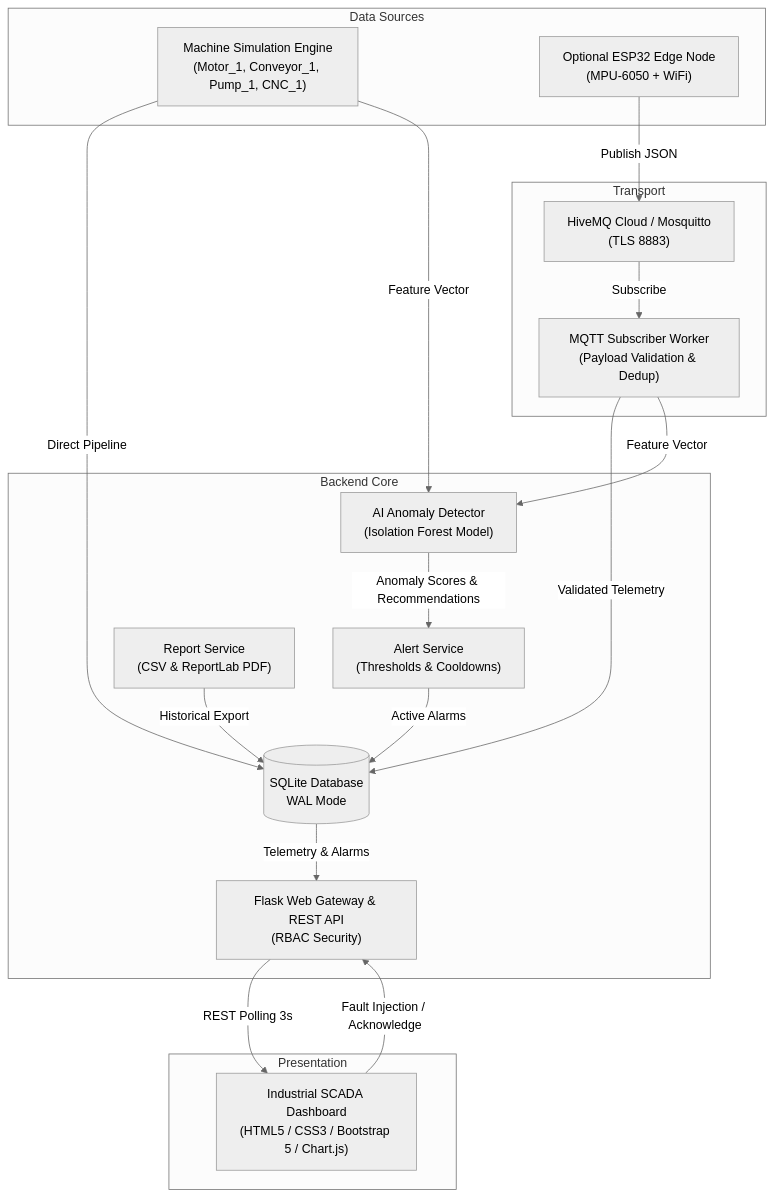
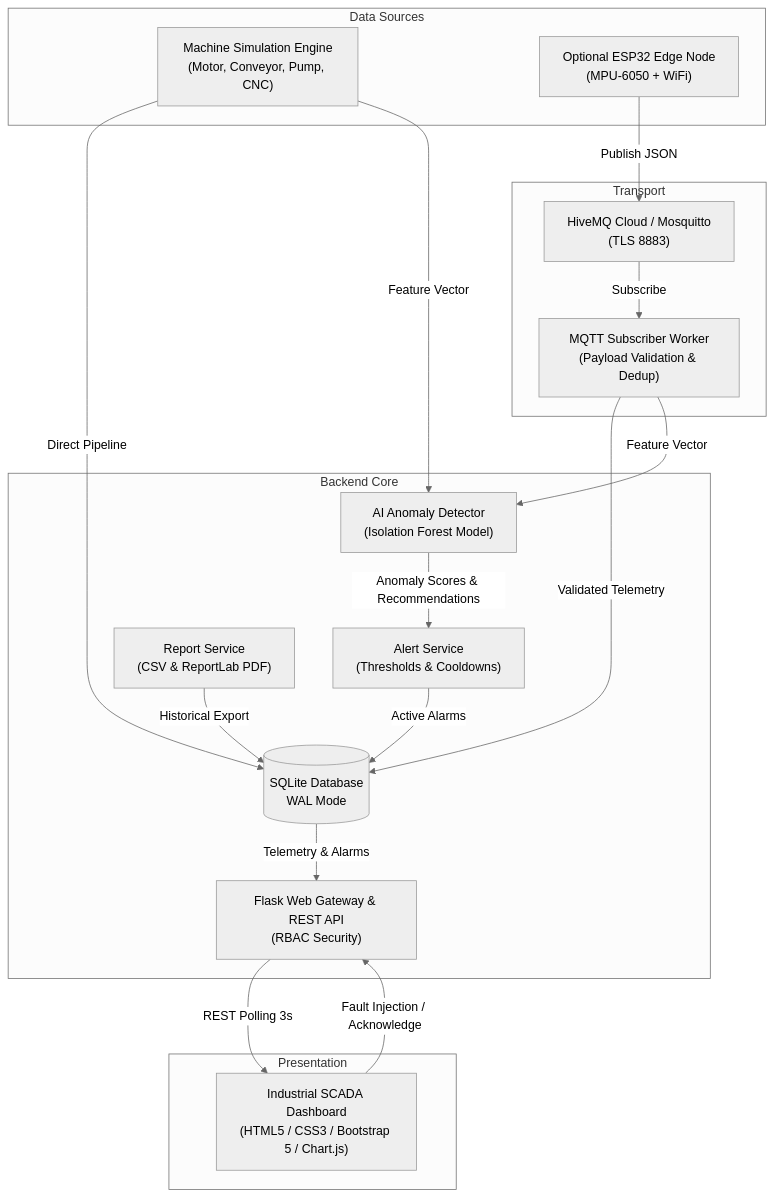
One commit to shubhamcores/SmartFactoryDigitalTwin changed the first of 2 diagrams in docs/04_system_design_and_architecture.md. Above: the diagram before and after it, drawn with Mermaid (neutral theme). The commit also changed other lines of this file and 28 other files, not shown here.

````diff
--- a/docs/04_system_design_and_architecture.md
+++ b/docs/04_system_design_and_architecture.md
@@ -78,37 +78,37 @@
 ```mermaid
 graph TD
     subgraph Data Sources
-        SIM["Machine Simulation Engine<br/>(Motor_1, Conveyor_1, Pump_1, CNC_1)"]
+        SIM["Machine Simulation Engine<br/>(Motor, Conveyor, Pump, CNC)"]
         ESP["Optional ESP32 Edge Node<br/>(MPU-6050 + WiFi)"]
     end
 
     subgraph Transport
         BROKER["HiveMQ Cloud / Mosquitto<br/>(TLS 8883)"]
         SUB["MQTT Subscriber Worker<br/>(Payload Validation & Dedup)"]
     end
 
     subgraph Backend Core
         DB[("SQLite Database<br/>WAL Mode")]
         AI["AI Anomaly Detector<br/>(Isolation Forest Model)"]
         ALT["Alert Service<br/>(Thresholds & Cooldowns)"]
         REP["Report Service<br/>(CSV & ReportLab PDF)"]
         FLASK["Flask Web Gateway & REST API<br/>(RBAC Security)"]
     end
 
     subgraph Presentation
         UI["Industrial SCADA Dashboard<br/>(HTML5 / CSS3 / Bootstrap 5 / Chart.js)"]
     end
 
     SIM -->|Direct Pipeline| DB
     SIM -->|Feature Vector| AI
     ESP -->|Publish JSON| BROKER
     BROKER -->|Subscribe| SUB
     SUB -->|Validated Telemetry| DB
     SUB -->|Feature Vector| AI
     AI -->|Anomaly Scores & Recommendations| ALT
     DB -->|Telemetry & Alarms| FLASK
     ALT -->|Active Alarms| DB
     REP -->|Historical Export| DB
     FLASK -->|REST Polling 3s| UI
     UI -->|Fault Injection / Acknowledge| FLASK
 ```
````
